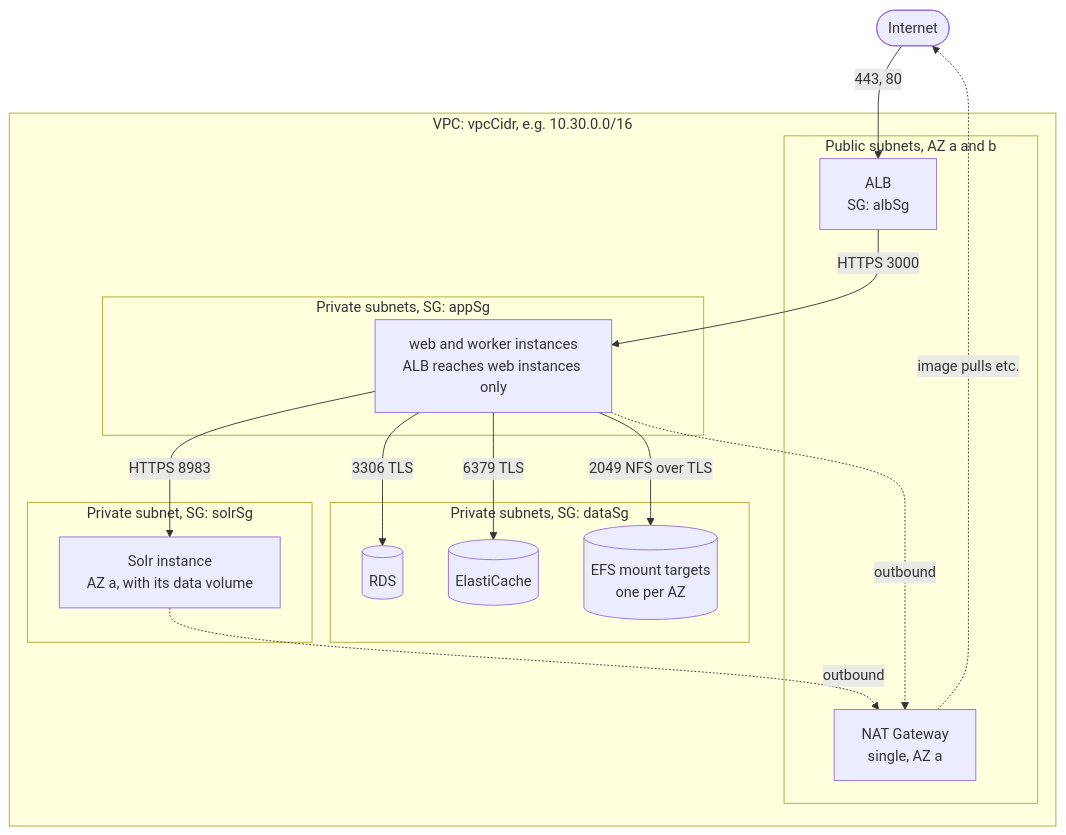
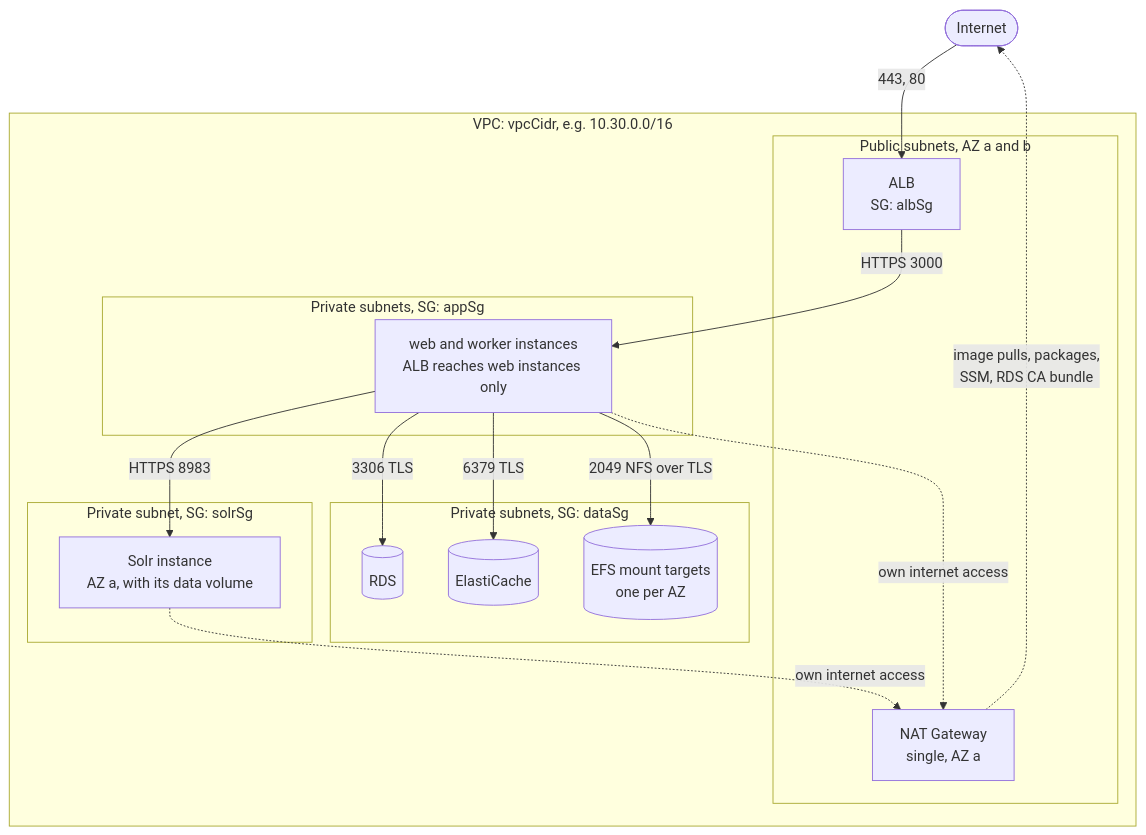
Before and after one commit to seek4science/seek: the third of 5 diagrams in docs/pulumi-architecture.md, drawn with Mermaid. The commit also changed other lines of this file, not shown here.

Commit message:
Clarify the network diagram's arrows and internet access
Arrows point from the side that opens a connection, with responses coming
back on it, which the document now says. The edge from the instances and
Solr to the NAT gateway read as if Solr's responses went out to the
internet; it is their own internet access, now labelled as such, with what
it is used for.

````diff
--- a/docs/pulumi-architecture.md
+++ b/docs/pulumi-architecture.md
@@ -138,34 +139,34 @@
 ```mermaid
 flowchart TB
     internet(["Internet"])
 
     subgraph vpc["VPC: vpcCidr, e.g. 10.30.0.0/16"]
         subgraph public["Public subnets, AZ a and b"]
             alb["ALB<br/>SG: albSg"]
             nat["NAT Gateway<br/>single, AZ a"]
         end
 
         subgraph appsg["Private subnets, SG: appSg"]
             instances["web and worker instances<br/>ALB reaches web instances only"]
         end
 
         subgraph solrsg["Private subnet, SG: solrSg"]
             solr["Solr instance<br/>AZ a, with its data volume"]
         end
 
         subgraph datasg["Private subnets, SG: dataSg"]
             rds[("RDS")]
             redis[("ElastiCache")]
             efs[("EFS mount targets<br/>one per AZ")]
         end
     end
 
     internet -- "443, 80" --> alb
     alb -- "HTTPS 3000" --> instances
     instances -- "HTTPS 8983" --> solr
     instances -- "3306 TLS" --> rds
     instances -- "6379 TLS" --> redis
     instances -- "2049 NFS over TLS" --> efs
-    instances & solr -. "outbound" .-> nat
-    nat -. "image pulls etc." .-> internet
+    instances & solr -. "own internet access" .-> nat
+    nat -. "image pulls, packages,<br/>SSM, RDS CA bundle" .-> internet
 ```
````
